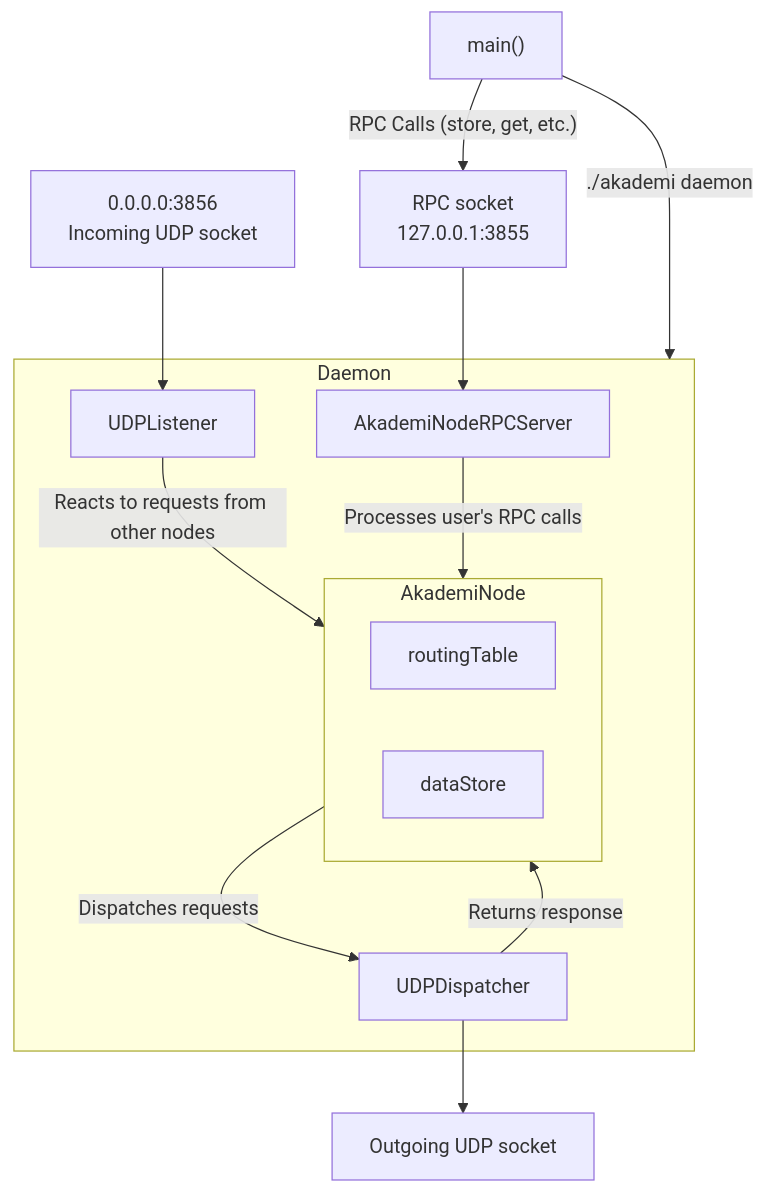
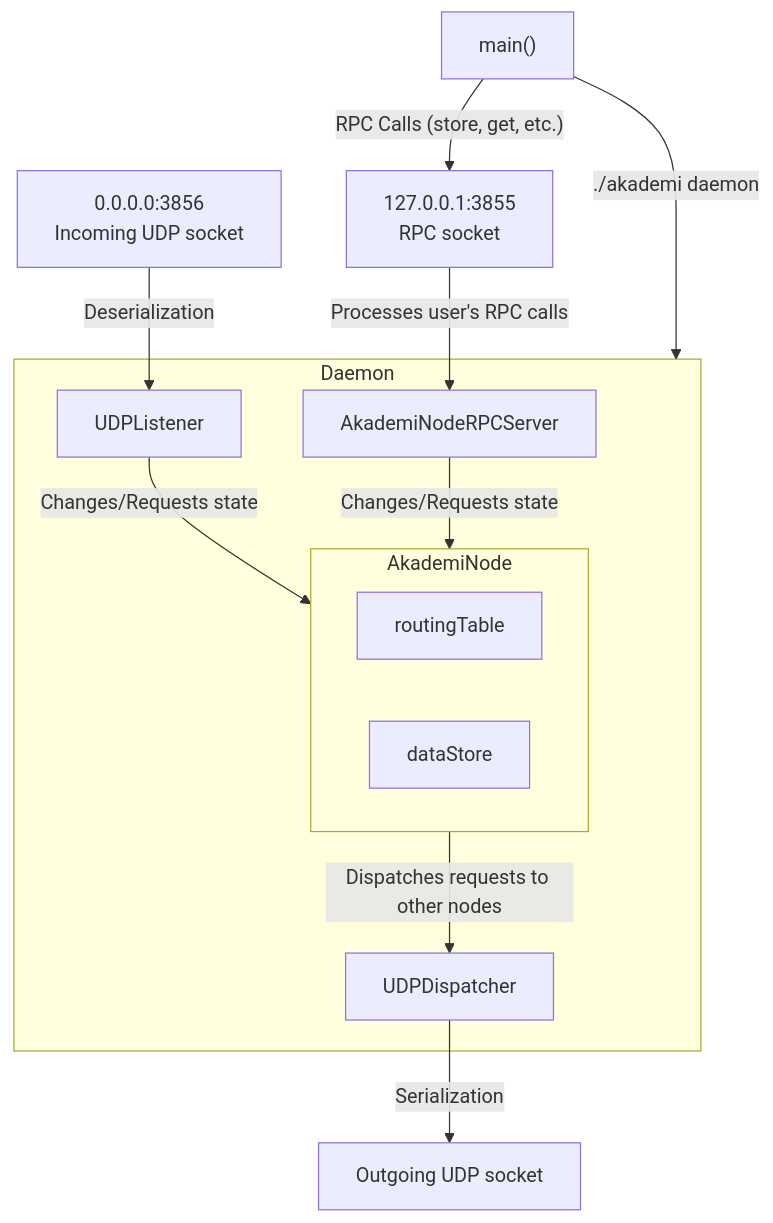
Before and after one commit to gsergey418/akademi: the diagram in README.md, drawn with Mermaid. The commit also changed other lines of this file, not shown here.

Commit message:
Fix typos and change diagram

````diff
--- a/README.md
+++ b/README.md
@@ -70,20 +72,19 @@
 ```mermaid
 graph TD;
     subgraph Daemon;
-    UDPListener--Reacts to requests from other nodes-->AkademiNode;
-    AkademiNodeRPCServer--Processes user's RPC calls-->AkademiNode;
+    UDPListener--Changes/Requests state-->AkademiNode;
+    AkademiNodeRPCServer--Changes/Requests state-->AkademiNode;
     subgraph AkademiNode
     routingTable
     dataStore
     end
-    AkademiNode--Dispatches requests-->UDPDispatcher;
-    UDPDispatcher--Returns response-->AkademiNode;
+    AkademiNode--Dispatches requests to other nodes-->UDPDispatcher;
     end
-    UDPDispatcher-->OutgoingSocket["Outgoing UDP socket"]
+    UDPDispatcher--Serialization-->OutgoingSocket["Outgoing UDP socket"]
     IncomingSocket["0.0.0.0:3856
-    Incoming UDP socket"]-->UDPListener
+    Incoming UDP socket"]--Deserialization-->UDPListener
     main["main()"]--./akademi daemon-->Daemon
-    main--RPC Calls (store, get, etc.)-->RPCSocket["RPC socket
-    127.0.0.1:3855"]
-    RPCSocket -->AkademiNodeRPCServer
+    main--RPC Calls (store, get, etc.)-->RPCSocket["127.0.0.1:3855
+    RPC socket"]
+    RPCSocket--Processes user's RPC calls-->AkademiNodeRPCServer
 ```
````
